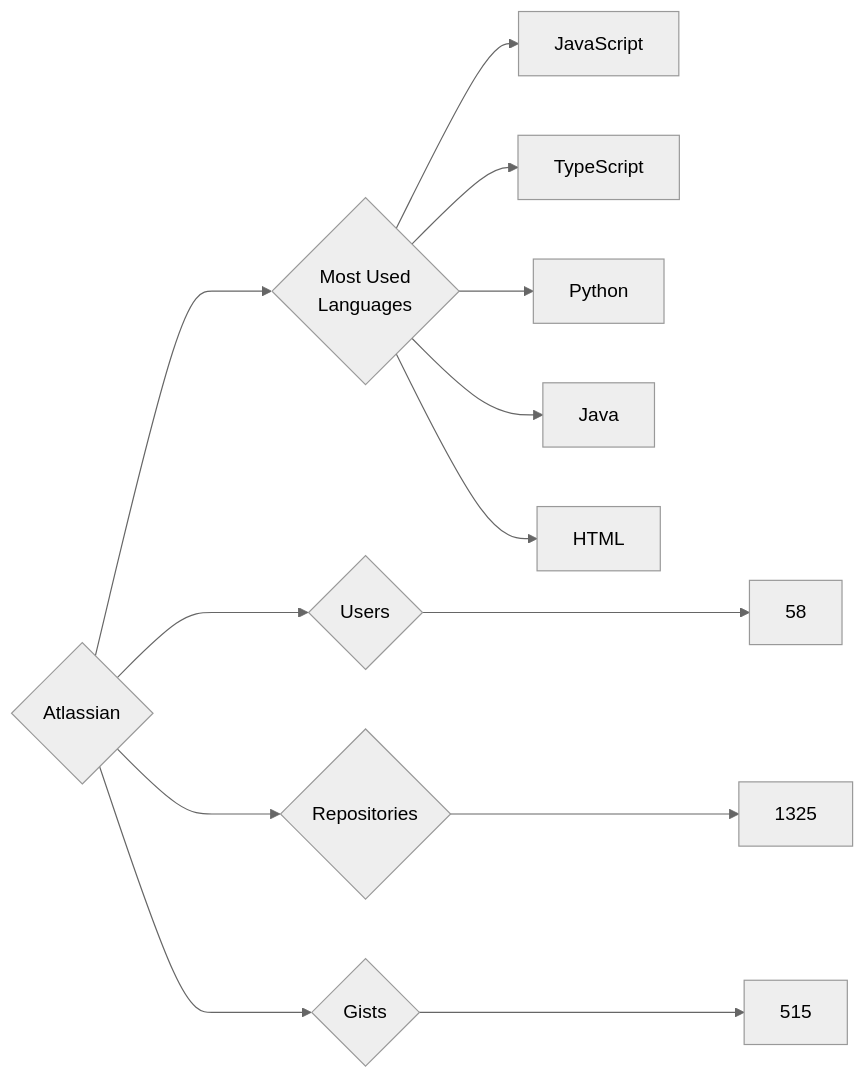
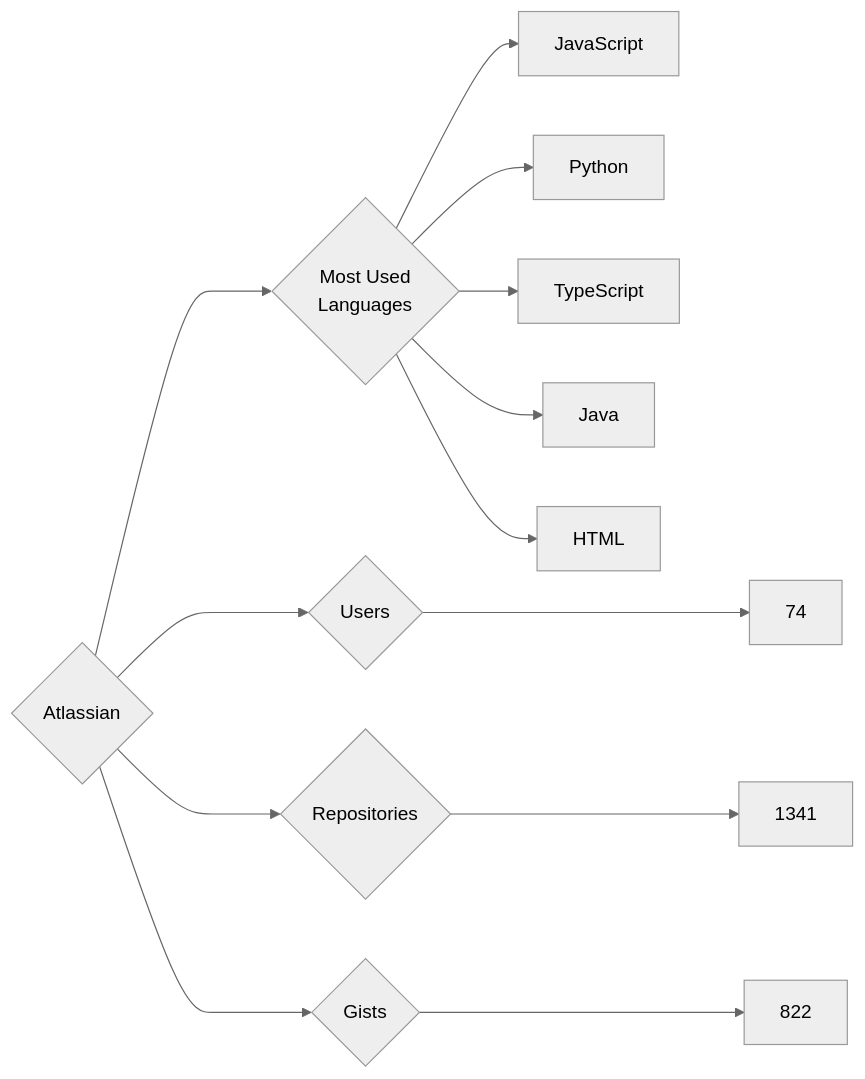
Before and after one commit to trickest/insiders: the diagram in targets/Atlassian/README.md, drawn with Mermaid (neutral theme). The commit also changed 932 other files, not shown here.

````diff
--- a/targets/Atlassian/README.md
+++ b/targets/Atlassian/README.md
@@ -3,13 +3,13 @@
 ```mermaid
 graph LR
 COMPANY_NAME{Atlassian}
-COMPANY_NAME ---> U{Users} ---> UN[58]
-COMPANY_NAME ---> R{Repositories} ---> RN[1325]
-COMPANY_NAME ---> G{Gists} ---> GN[515]
+COMPANY_NAME ---> U{Users} ---> UN[74]
+COMPANY_NAME ---> R{Repositories} ---> RN[1341]
+COMPANY_NAME ---> G{Gists} ---> GN[822]
 COMPANY_NAME ---> ML{Most Used<br>Languages}
 ML --> JavaScript[JavaScript]
+ML --> Python[Python]
 ML --> TypeScript[TypeScript]
-ML --> Python[Python]
 ML --> Java[Java]
 ML --> HTML[HTML]
 ```
````
